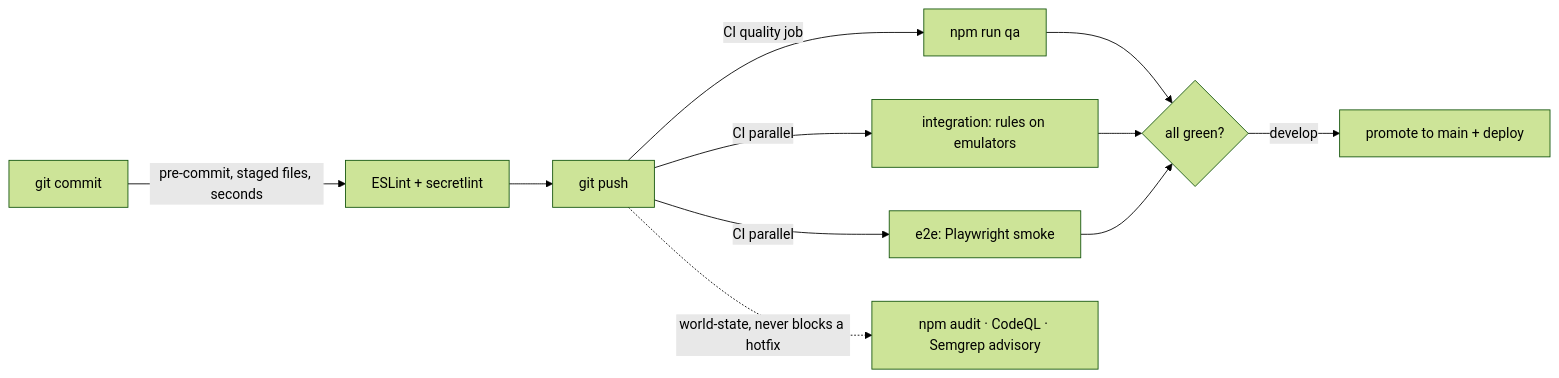
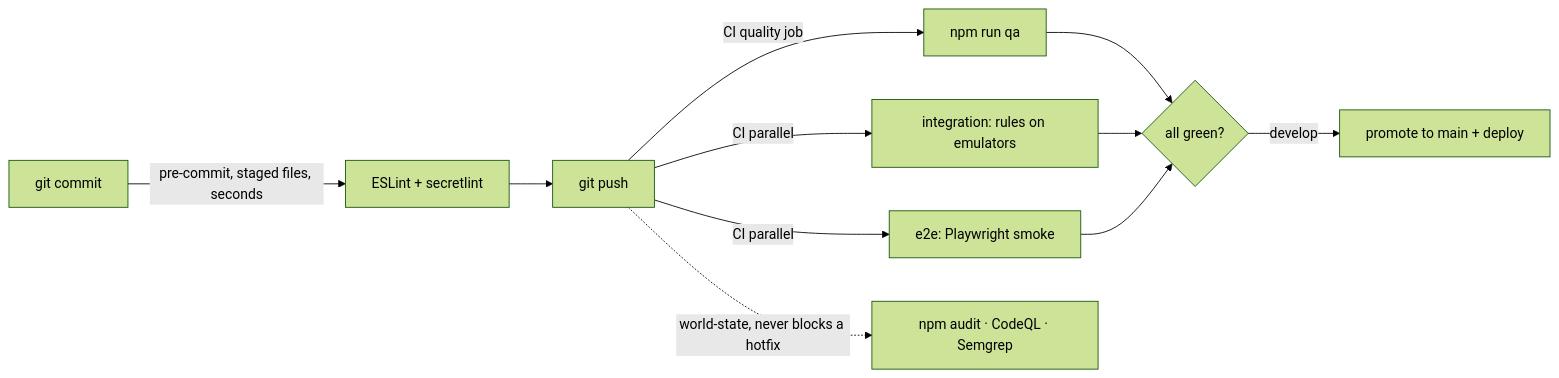
The diagram in docs/guides/CODE-QUALITY.md (Oweeboi011/mms-open-climbs), drawn with Mermaid (forest theme) before and after one commit. The commit also changed other lines of this file and 3 other files, not shown here.

````diff
--- a/docs/guides/CODE-QUALITY.md
+++ b/docs/guides/CODE-QUALITY.md
@@ -14,11 +14,11 @@
 ```mermaid
 flowchart LR
     A[git commit] -->|pre-commit, staged files, seconds| B[ESLint + secretlint]
     B --> C[git push]
     C -->|CI quality job| D["npm run qa"]
     C -->|CI parallel| E[integration: rules on emulators]
     C -->|CI parallel| F[e2e: Playwright smoke]
     D & E & F --> G{all green?}
     G -->|develop| H[promote to main + deploy]
-    C -.->|world-state, never blocks a hotfix| I[npm audit · CodeQL · Semgrep advisory]
+    C -.->|world-state, never blocks a hotfix| I[npm audit · CodeQL · Semgrep]
 ```
````
